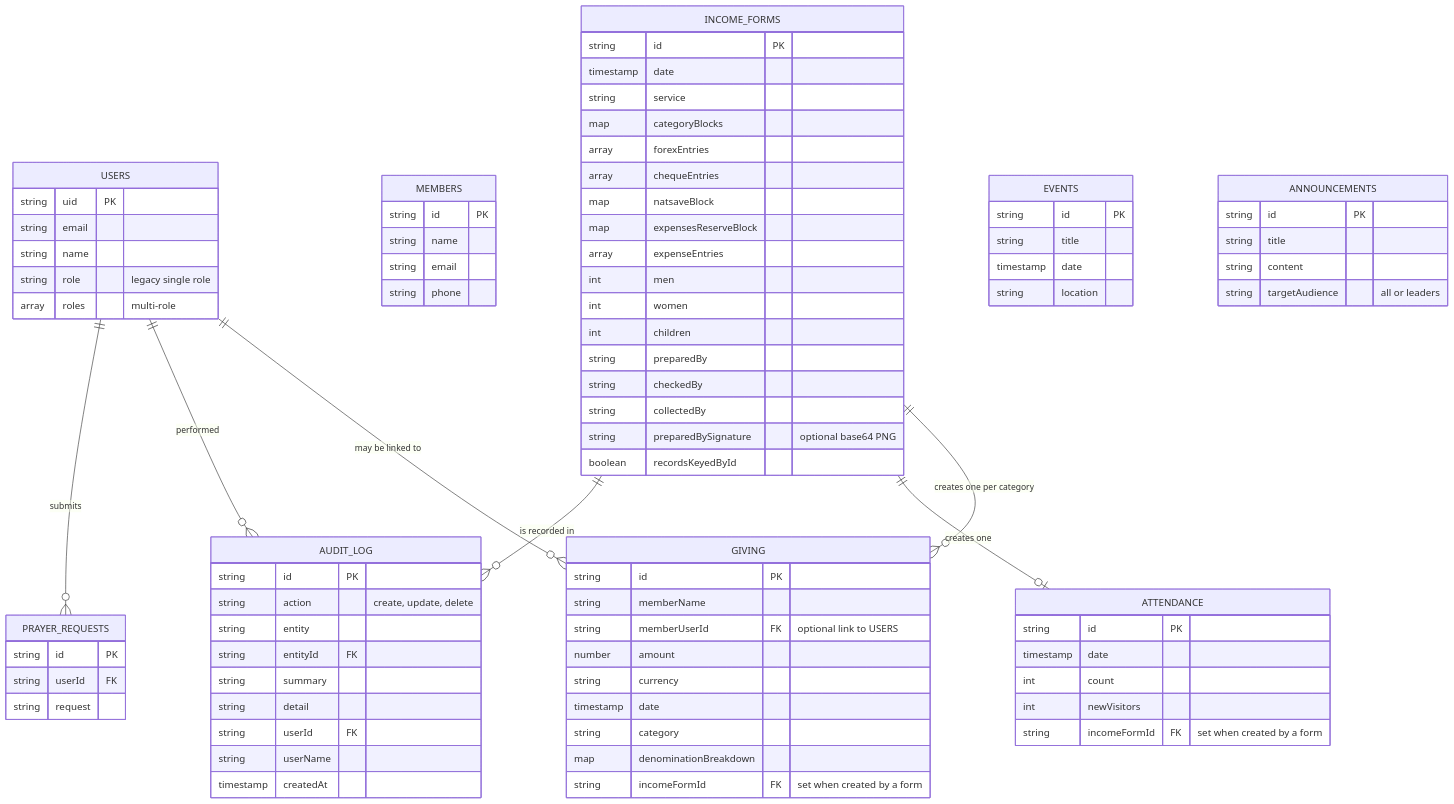
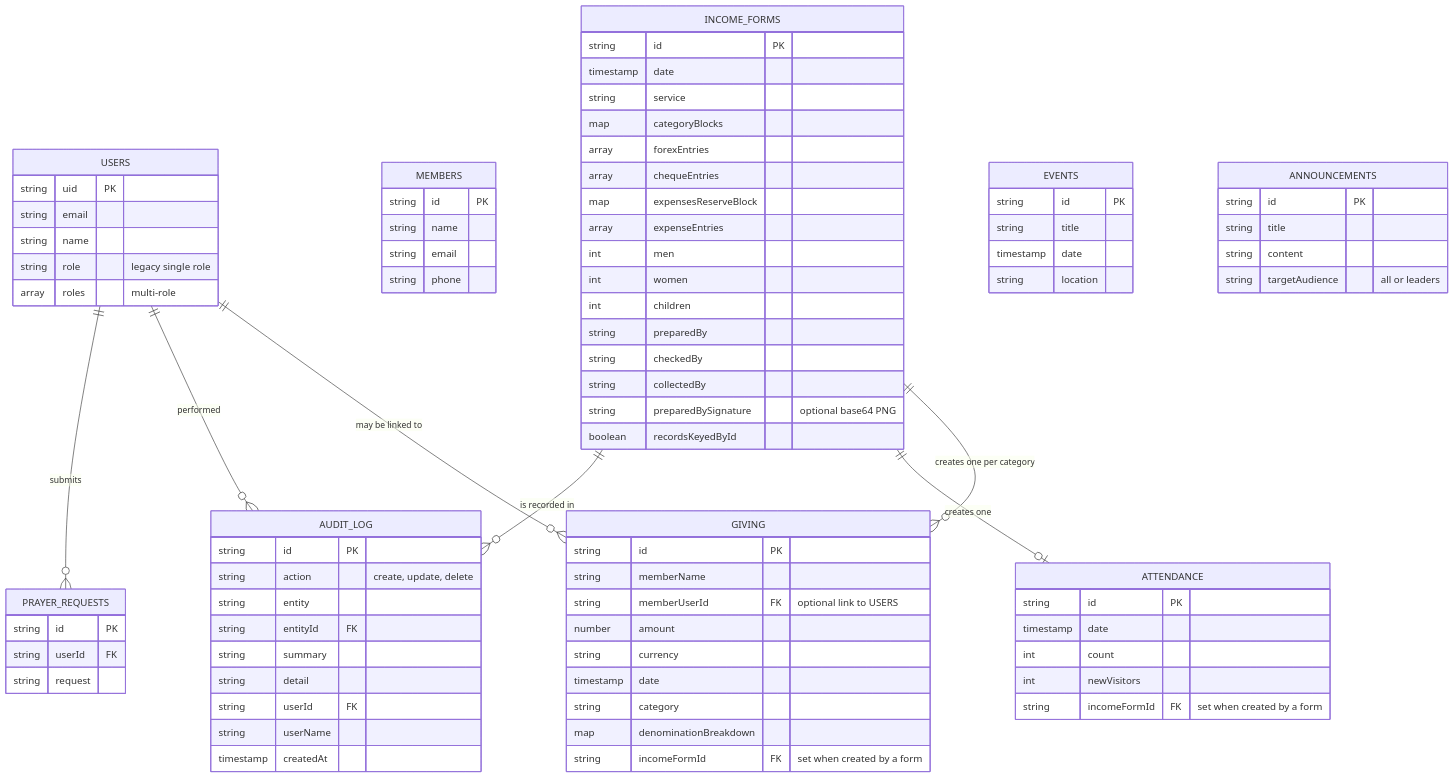
One commit to kasondebbuku-spec/Lukulu-Bread-of-Life-Church changed the fifth of 6 diagrams in docs/ARCHITECTURE.md. Above: the diagram before and after it, drawn with Mermaid. The commit also changed 15 other files, not shown here.

```diff
--- a/docs/ARCHITECTURE.md
+++ b/docs/ARCHITECTURE.md
@@ -189,7 +189,6 @@
         map categoryBlocks
         array forexEntries
         array chequeEntries
-        map natsaveBlock
         map expensesReserveBlock
         array expenseEntries
         int men
```
